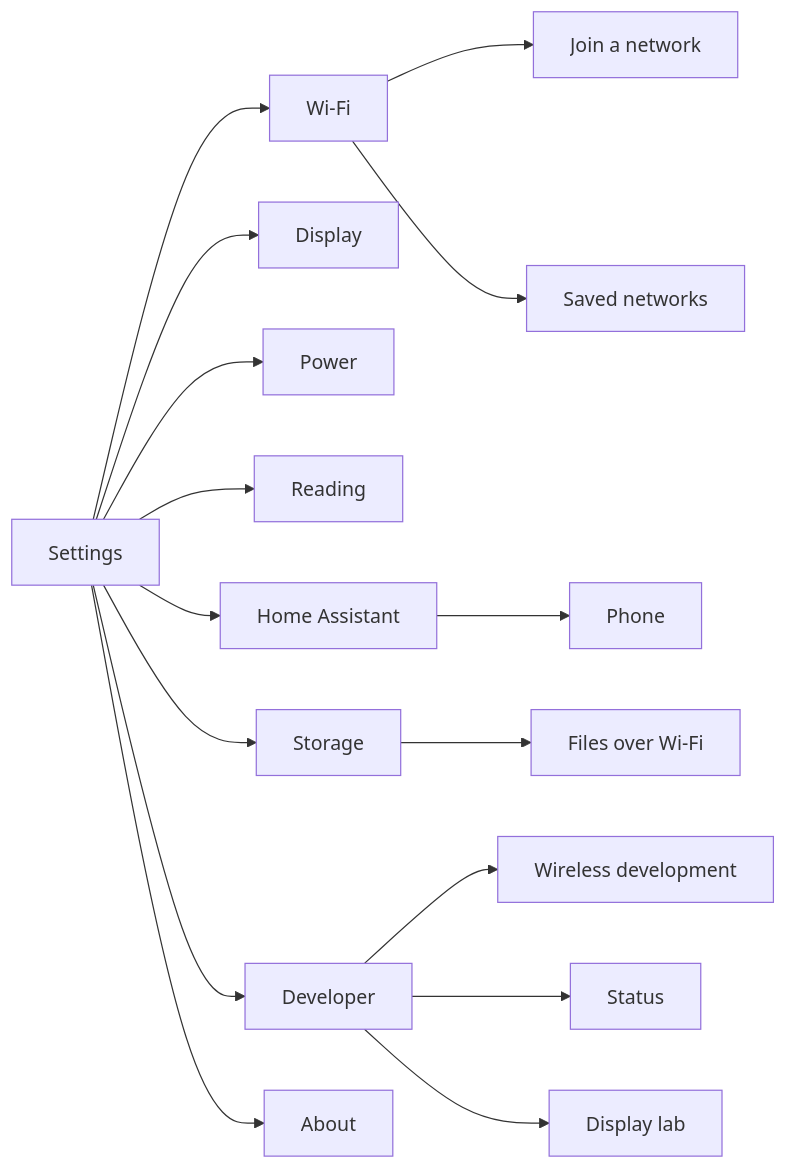
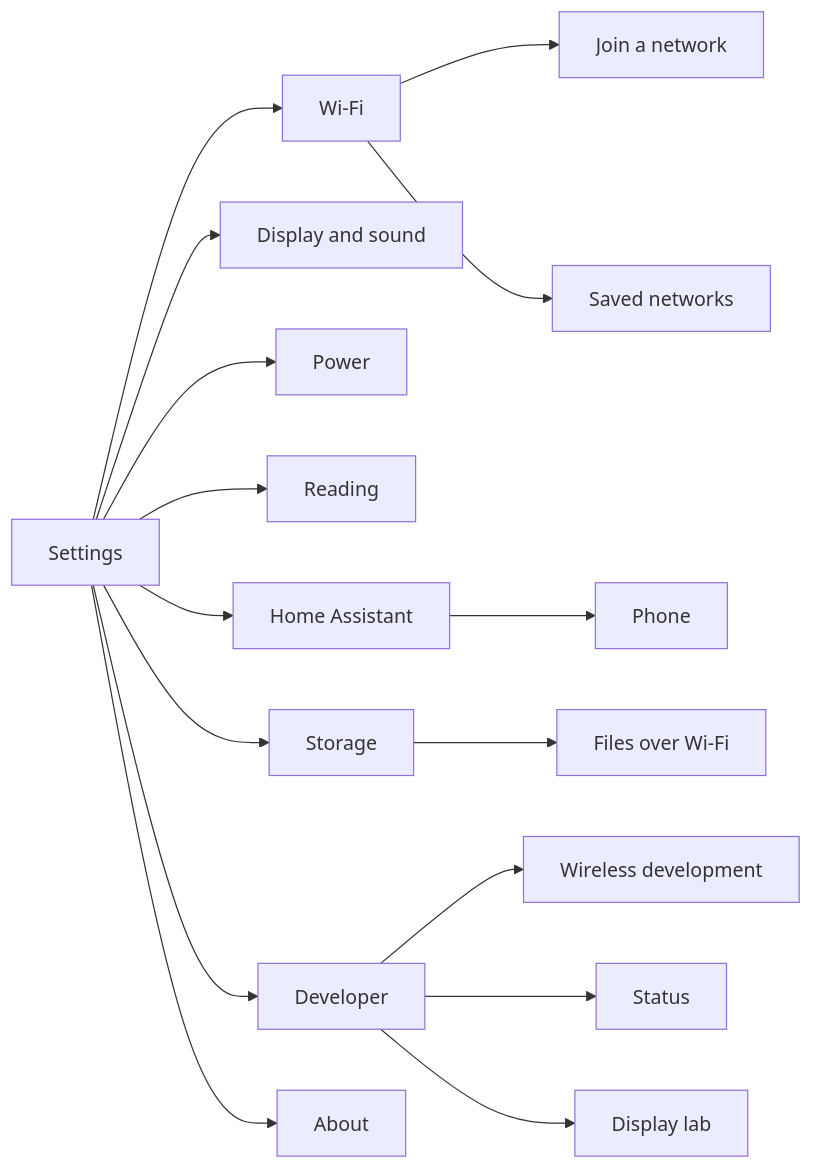
One commit to mattijsf/m5paper-os changed the first of 5 diagrams in docs/apps/settings.md. Above: the diagram before and after it, drawn with Mermaid. The commit also changed other lines of this file and 22 other files, not shown here.

First line of the commit message:
feat(settings): move the sound switch to Display and sound

````diff
--- a/docs/apps/settings.md
+++ b/docs/apps/settings.md
@@ -17,18 +17,18 @@
 ```mermaid
 flowchart LR
     S["Settings"] --> W["Wi-Fi"]
     W --> WJ["Join a network"]
     W --> WS["Saved networks"]
-    S --> D["Display"]
+    S --> D["Display and sound"]
     S --> P["Power"]
     S --> R["Reading"]
     S --> H["Home Assistant"]
     H --> HP["Phone"]
     S --> ST["Storage"]
     ST --> F["Files over Wi-Fi"]
     S --> DV["Developer"]
     DV --> WD["Wireless development"]
     DV --> DS["Status"]
     DV --> DL["Display lab"]
     S --> A["About"]
 ```
````
